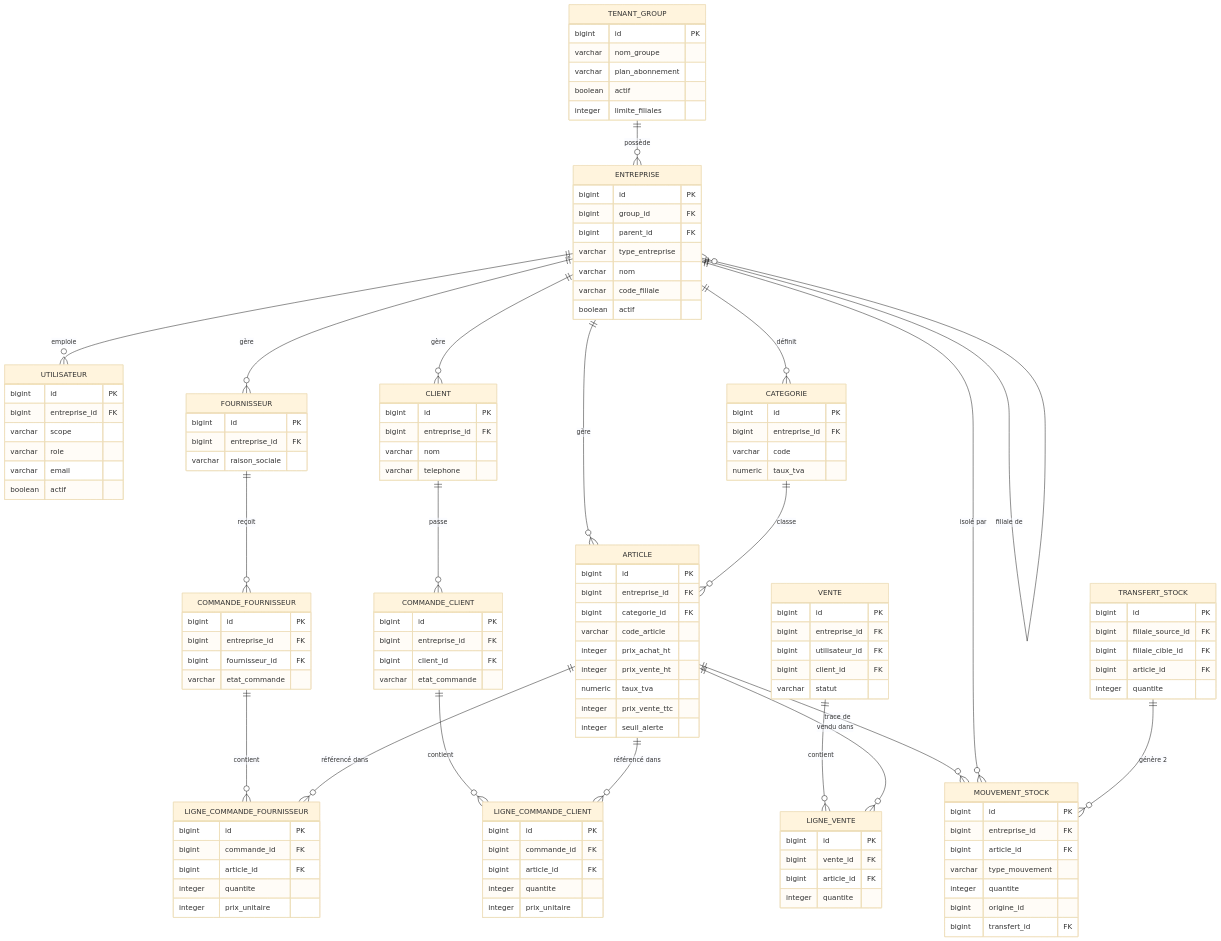
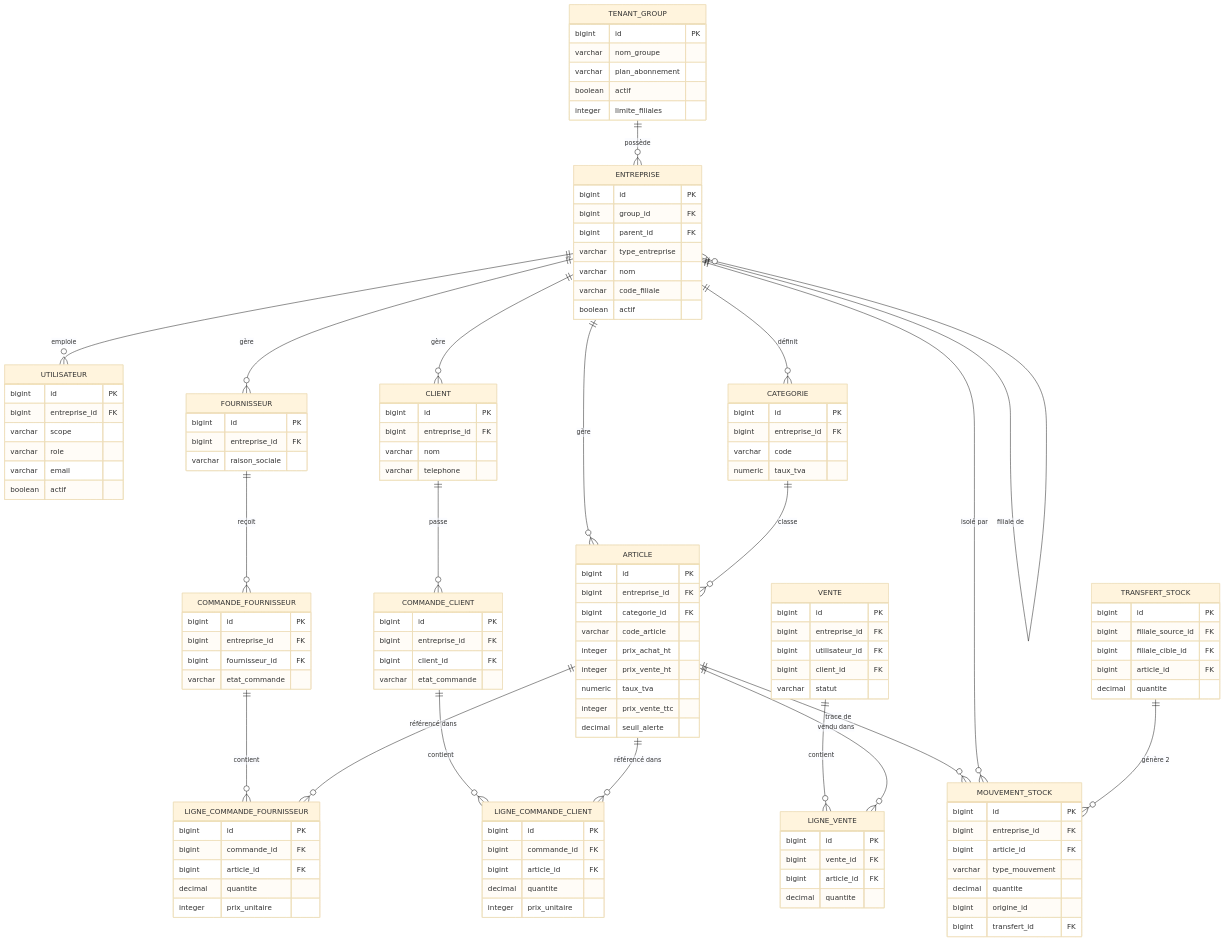
One commit to ulruchdev/gestion_de_stok_multifiliale changed the first of 3 diagrams in document/01-architecture/CDCT_StockMaster_CM_Complet_Sections22-30.md. Above: the diagram before and after it, drawn with Mermaid (base theme). The commit also changed other lines of this file and 2 other files, not shown here.

```diff
--- a/document/01-architecture/CDCT_StockMaster_CM_Complet_Sections22-30.md
+++ b/document/01-architecture/CDCT_StockMaster_CM_Complet_Sections22-30.md
@@ -734,7 +749,7 @@
         integer prix_vente_ht
         numeric taux_tva
         integer prix_vente_ttc
-        integer seuil_alerte
+        decimal seuil_alerte
     }
 
     CATEGORIE {
@@ -768,7 +783,7 @@
         bigint id PK
         bigint commande_id FK
         bigint article_id FK
-        integer quantite
+        decimal quantite
         integer prix_unitaire
     }
 
@@ -783,7 +798,7 @@
         bigint id PK
         bigint commande_id FK
         bigint article_id FK
-        integer quantite
+        decimal quantite
         integer prix_unitaire
     }
 
@@ -799,7 +814,7 @@
         bigint id PK
         bigint vente_id FK
         bigint article_id FK
-        integer quantite
+        decimal quantite
     }
 
     MOUVEMENT_STOCK {
@@ -807,7 +822,7 @@
         bigint entreprise_id FK
         bigint article_id FK
         varchar type_mouvement
-        integer quantite
+        decimal quantite
         bigint origine_id
         bigint transfert_id FK
     }
@@ -817,7 +832,7 @@
         bigint filiale_source_id FK
         bigint filiale_cible_id FK
         bigint article_id FK
-        integer quantite
+        decimal quantite
     }
 
     TENANT_GROUP ||--o{ ENTREPRISE : "possède"
```
